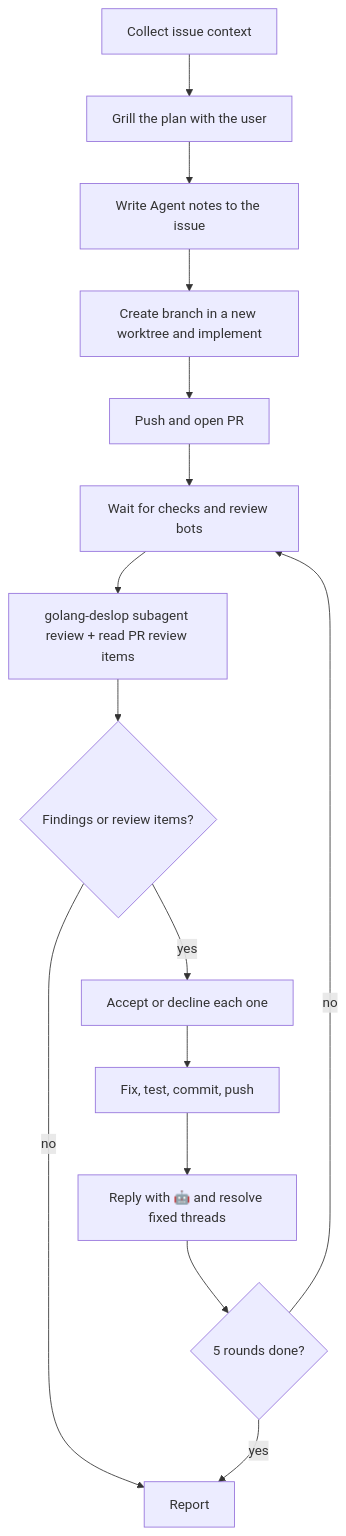
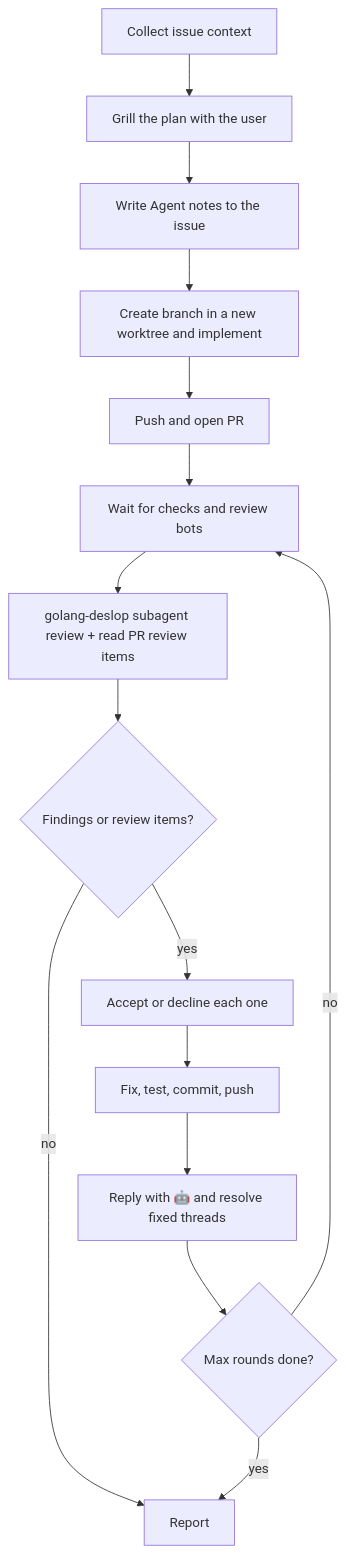
One commit to crosleyzack/skills changed the diagram in skills/bot-implement/README.md. Above: the diagram before and after it, drawn with Mermaid. The commit also changed other lines of this file and 1 other file, not shown here.

Commit message:
feat: add --rounds parameter to bot-implement

````diff
--- a/skills/bot-implement/README.md
+++ b/skills/bot-implement/README.md
@@ -16,17 +16,17 @@
 ```mermaid
 flowchart TD
     A[Collect issue context] --> B[Grill the plan with the user]
     B --> C[Write Agent notes to the issue]
     C --> D[Create branch in a new worktree and implement]
     D --> E[Push and open PR]
     E --> W[Wait for checks and review bots]
     W --> F[golang-deslop subagent review + read PR review items]
     F --> G{Findings or review items?}
     G -- no --> R[Report]
     G -- yes --> H[Accept or decline each one]
     H --> I[Fix, test, commit, push]
     I --> J[Reply with 🤖 and resolve fixed threads]
-    J --> K{5 rounds done?}
+    J --> K{Max rounds done?}
     K -- no --> W
     K -- yes --> R
 ```
````
